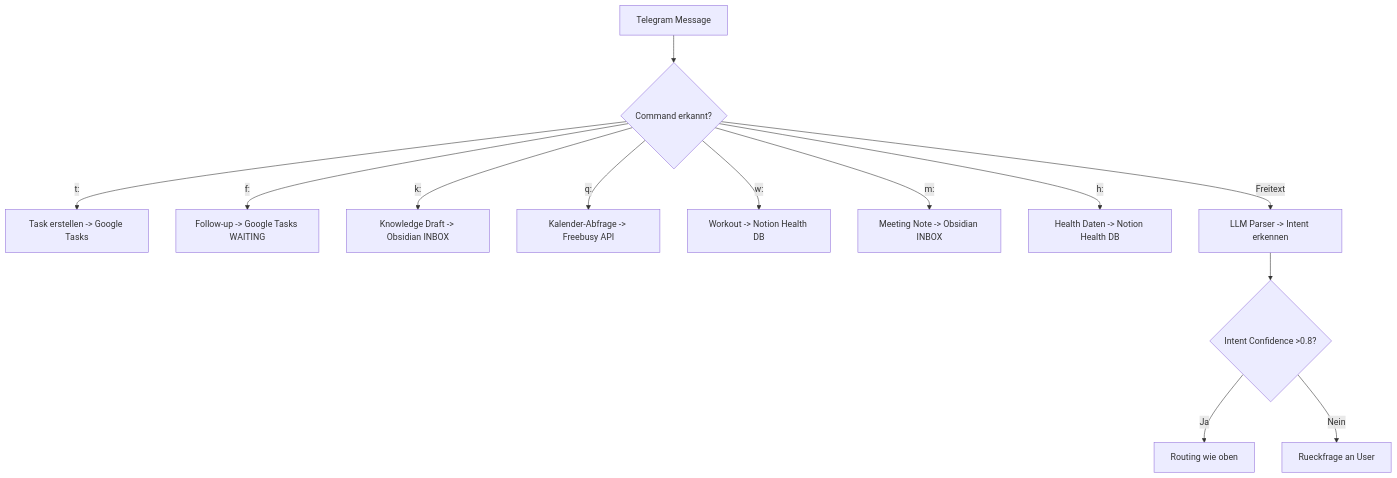
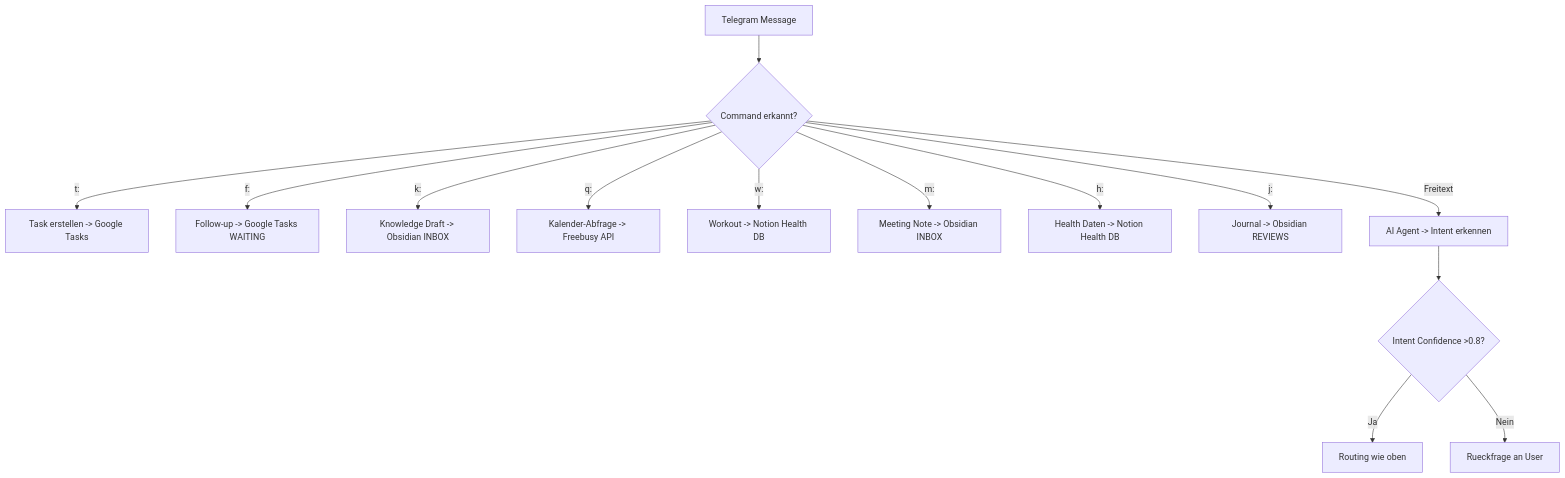
The diagram in telegram/command-reference.md (endritmurati99/diti-ai), drawn with Mermaid before and after one commit. The commit also changed other lines of this file and 12 other files, not shown here.

````diff
--- a/telegram/command-reference.md
+++ b/telegram/command-reference.md
@@ -120,15 +138,16 @@
 ```mermaid
 graph TD
     A[Telegram Message] --> B{Command erkannt?}
     B -->|t:| C[Task erstellen -> Google Tasks]
     B -->|f:| D[Follow-up -> Google Tasks WAITING]
     B -->|k:| E[Knowledge Draft -> Obsidian INBOX]
     B -->|q:| F[Kalender-Abfrage -> Freebusy API]
     B -->|w:| G[Workout -> Notion Health DB]
     B -->|m:| H[Meeting Note -> Obsidian INBOX]
     B -->|h:| I[Health Daten -> Notion Health DB]
-    B -->|Freitext| J[LLM Parser -> Intent erkennen]
+    B -->|j:| N[Journal -> Obsidian REVIEWS]
+    B -->|Freitext| J[AI Agent -> Intent erkennen]
     J --> K{Intent Confidence >0.8?}
     K -->|Ja| L[Routing wie oben]
     K -->|Nein| M[Rueckfrage an User]
 ```
````
